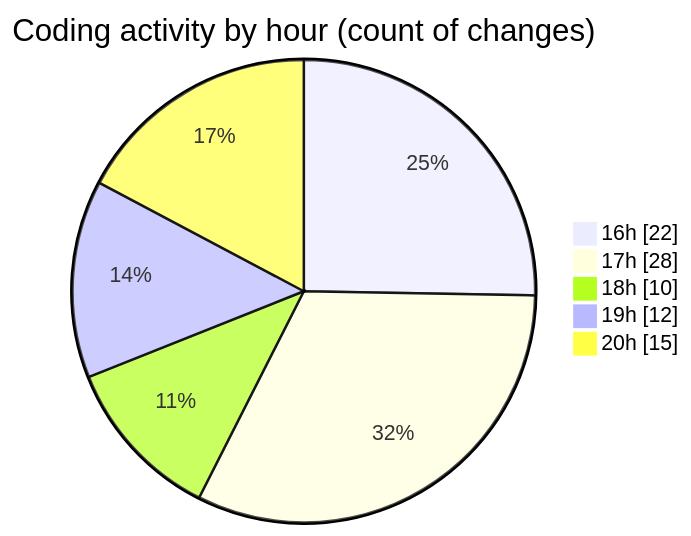
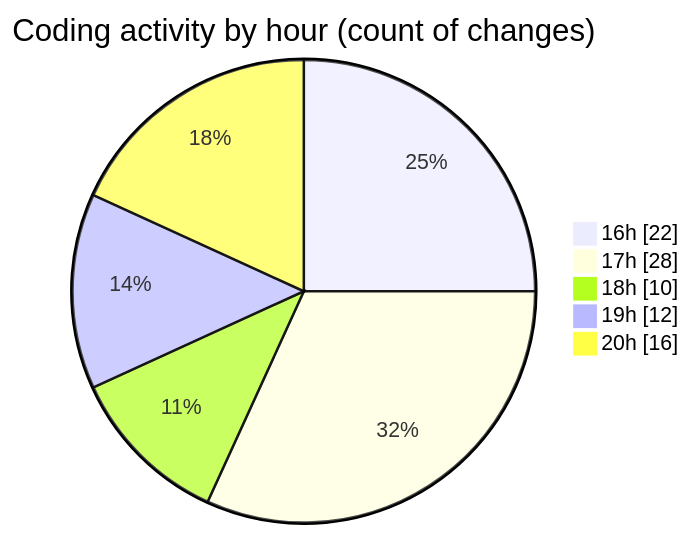
One commit to becaeroporto-bot/code-tracking changed the second of 2 diagrams in 2026-02-17/bot_v1_2/README.md. Above: the diagram before and after it, drawn with Mermaid. The commit also changed other lines of this file and 1 other file, not shown here.

````diff
--- a/2026-02-17/bot_v1_2/README.md
+++ b/2026-02-17/bot_v1_2/README.md
@@ -52,9 +52,9 @@
 ```mermaid
 pie showData
 title Coding activity by hour (count of changes)
 "16h" : 22
 "17h" : 28
 "18h" : 10
 "19h" : 12
-"20h" : 15
+"20h" : 16
 ```
````
